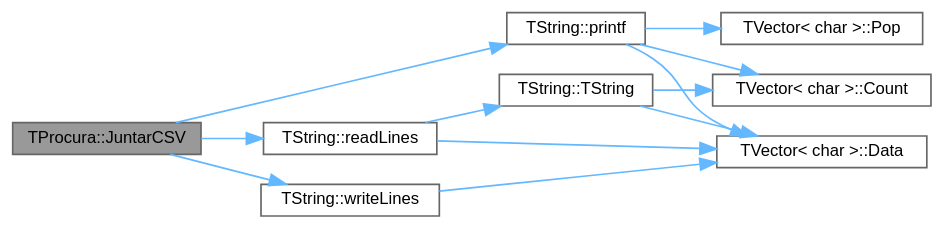
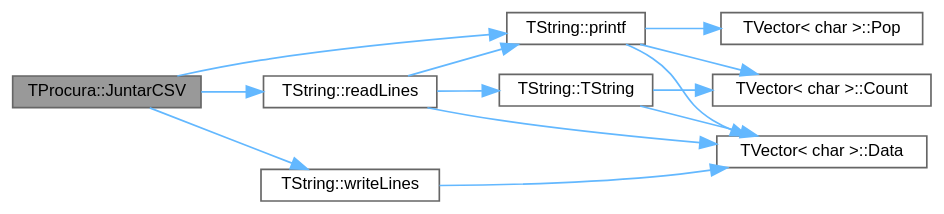
The diagram in classTProcura_a7a323608db4326cb4f9901e324881035_cgraph.dot (jcoelho72/TProcura), drawn with Graphviz before and after one commit. The commit also changed 12 other files, not shown here.

```diff
--- a/classTProcura_a7a323608db4326cb4f9901e324881035_cgraph.dot
+++ b/classTProcura_a7a323608db4326cb4f9901e324881035_cgraph.dot
@@ -1,27 +1,28 @@
 digraph "TProcura::JuntarCSV"
 {
  // LATEX_PDF_SIZE
   bgcolor="transparent";
   edge [fontname=Helvetica,fontsize=10,labelfontname=Helvetica,labelfontsize=10];
   node [fontname=Helvetica,fontsize=10,shape=box,height=0.2,width=0.4];
   rankdir="LR";
   Node1 [id="Node000001",label="TProcura::JuntarCSV",height=0.2,width=0.4,color="gray40", fillcolor="grey60", style="filled", fontcolor="black",tooltip="Juntar ficheiros CSV gerados por diferentes processos MPI em um único ficheiro."];
   Node1 -> Node2 [id="edge1_Node000001_Node000002",color="steelblue1",style="solid",tooltip=" "];
   Node2 [id="Node000002",label="TString::printf",height=0.2,width=0.4,color="grey40", fillcolor="white", style="filled",URL="$classTString.html#a4b9a718839325a0e057bc6e2483d3f17",tooltip=" "];
   Node2 -> Node3 [id="edge2_Node000002_Node000003",color="steelblue1",style="solid",tooltip=" "];
   Node3 [id="Node000003",label="TVector\< char \>::Count",height=0.2,width=0.4,color="grey40", fillcolor="white", style="filled",URL="$classTVector.html#ac3c744d84543ca6e32859eb7dfccfeef",tooltip=" "];
   Node2 -> Node4 [id="edge3_Node000002_Node000004",color="steelblue1",style="solid",tooltip=" "];
   Node4 [id="Node000004",label="TVector\< char \>::Data",height=0.2,width=0.4,color="grey40", fillcolor="white", style="filled",URL="$classTVector.html#addd572d70b587092fddc21a8b0f53120",tooltip="Acesso direto."];
   Node2 -> Node5 [id="edge4_Node000002_Node000005",color="steelblue1",style="solid",tooltip=" "];
   Node5 [id="Node000005",label="TVector\< char \>::Pop",height=0.2,width=0.4,color="grey40", fillcolor="white", style="filled",URL="$classTVector.html#a3249913626d54e46b07e168ce1f05d87",tooltip=" "];
   Node1 -> Node6 [id="edge5_Node000001_Node000006",color="steelblue1",style="solid",tooltip=" "];
   Node6 [id="Node000006",label="TString::readLines",height=0.2,width=0.4,color="grey40", fillcolor="white", style="filled",URL="$classTString.html#ae7b848f7e090aae31886c8fd535e1055",tooltip=" "];
   Node6 -> Node4 [id="edge6_Node000006_Node000004",color="steelblue1",style="solid",tooltip=" "];
-  Node6 -> Node7 [id="edge7_Node000006_Node000007",color="steelblue1",style="solid",tooltip=" "];
+  Node6 -> Node2 [id="edge7_Node000006_Node000002",color="steelblue1",style="solid",tooltip=" "];
+  Node6 -> Node7 [id="edge8_Node000006_Node000007",color="steelblue1",style="solid",tooltip=" "];
   Node7 [id="Node000007",label="TString::TString",height=0.2,width=0.4,color="grey40", fillcolor="white", style="filled",URL="$classTString.html#a2fb70d94c8fdba6d90145a01aec1ce3f",tooltip=" "];
-  Node7 -> Node3 [id="edge8_Node000007_Node000003",color="steelblue1",style="solid",tooltip=" "];
-  Node7 -> Node4 [id="edge9_Node000007_Node000004",color="steelblue1",style="solid",tooltip=" "];
-  Node1 -> Node8 [id="edge10_Node000001_Node000008",color="steelblue1",style="solid",tooltip=" "];
+  Node7 -> Node3 [id="edge9_Node000007_Node000003",color="steelblue1",style="solid",tooltip=" "];
+  Node7 -> Node4 [id="edge10_Node000007_Node000004",color="steelblue1",style="solid",tooltip=" "];
+  Node1 -> Node8 [id="edge11_Node000001_Node000008",color="steelblue1",style="solid",tooltip=" "];
   Node8 [id="Node000008",label="TString::writeLines",height=0.2,width=0.4,color="grey40", fillcolor="white", style="filled",URL="$classTString.html#af95d76252021ef33b1ff8748b73b236d",tooltip=" "];
-  Node8 -> Node4 [id="edge11_Node000008_Node000004",color="steelblue1",style="solid",tooltip=" "];
+  Node8 -> Node4 [id="edge12_Node000008_Node000004",color="steelblue1",style="solid",tooltip=" "];
 }
```
